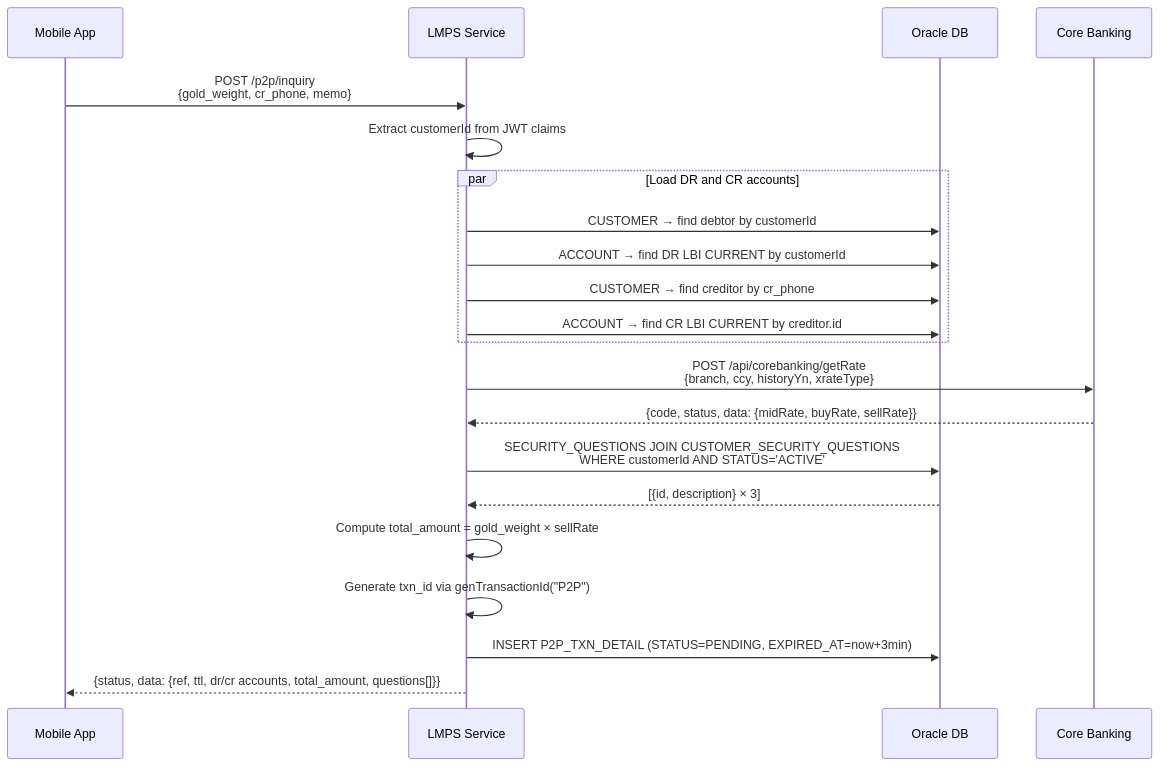
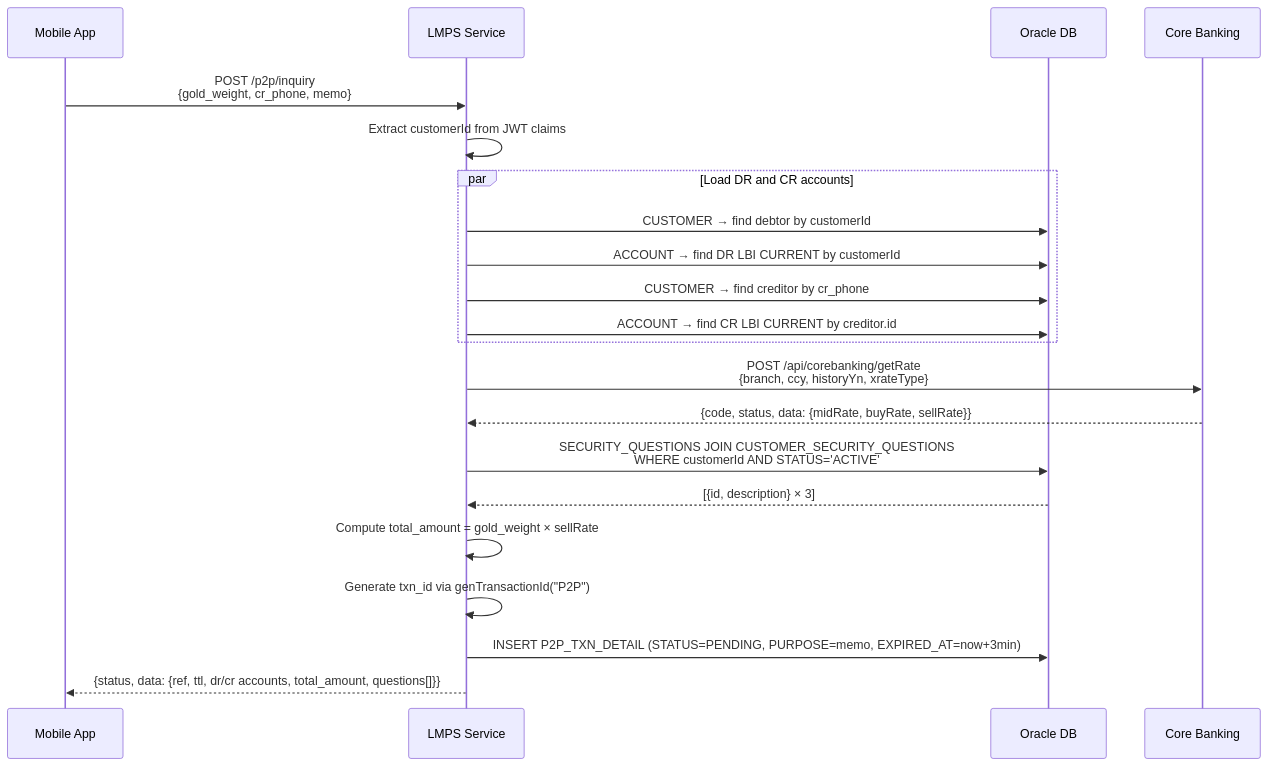
The diagram in docs/logic/p2p-inquiry-flow.md (thavisoukss/lbbLMPService), drawn with Mermaid before and after one commit. The commit also changed other lines of this file and 4 other files, not shown here.

````diff
--- a/docs/logic/p2p-inquiry-flow.md
+++ b/docs/logic/p2p-inquiry-flow.md
@@ -10,29 +10,29 @@
 ```mermaid
 sequenceDiagram
     participant App as Mobile App
     participant LMPS as LMPS Service
     participant DB as Oracle DB
     participant CBS as Core Banking
 
     App->>LMPS: POST /p2p/inquiry<br/>{gold_weight, cr_phone, memo}
     LMPS->>LMPS: Extract customerId from JWT claims
 
     par Load DR and CR accounts
         LMPS->>DB: CUSTOMER → find debtor by customerId
         LMPS->>DB: ACCOUNT → find DR LBI CURRENT by customerId
         LMPS->>DB: CUSTOMER → find creditor by cr_phone
         LMPS->>DB: ACCOUNT → find CR LBI CURRENT by creditor.id
     end
 
     LMPS->>CBS: POST /api/corebanking/getRate<br/>{branch, ccy, historyYn, xrateType}
     CBS-->>LMPS: {code, status, data: {midRate, buyRate, sellRate}}
 
     LMPS->>DB: SECURITY_QUESTIONS JOIN CUSTOMER_SECURITY_QUESTIONS<br/>WHERE customerId AND STATUS='ACTIVE'
     DB-->>LMPS: [{id, description} × 3]
 
     LMPS->>LMPS: Compute total_amount = gold_weight × sellRate
     LMPS->>LMPS: Generate txn_id via genTransactionId("P2P")
-    LMPS->>DB: INSERT P2P_TXN_DETAIL (STATUS=PENDING, EXPIRED_AT=now+3min)
+    LMPS->>DB: INSERT P2P_TXN_DETAIL (STATUS=PENDING, PURPOSE=memo, EXPIRED_AT=now+3min)
 
     LMPS-->>App: {status, data: {ref, ttl, dr/cr accounts, total_amount, questions[]}}
 ```
````
